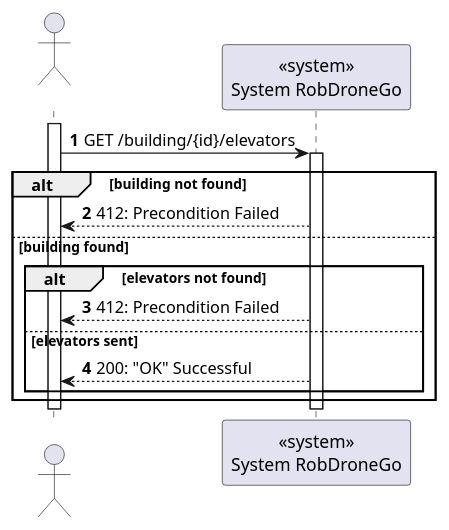
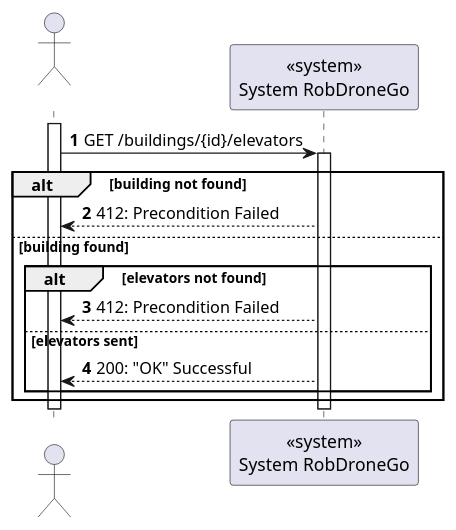
Before and after one commit to Departamento-de-Engenharia-Informatica/lapr5-23-24-g19: the diagram in docs/us290/level1/process-view.puml, drawn with PlantUML. The commit also changed 36 other files, not shown here.

```diff
--- a/docs/us290/level1/process-view.puml
+++ b/docs/us290/level1/process-view.puml
@@ -1,27 +1,27 @@
 @startuml
 autonumber
 
 actor " " as actor
 participant "<<system>>\nSystem RobDroneGo" as sys
 
 
 activate actor
-actor -> sys: GET /building/{id}/elevators
+actor -> sys: GET /buildings/{id}/elevators
 
     activate sys
     alt building not found
         sys --> actor : 412: Precondition Failed
     else building found
         alt elevators not found
             actor <-- sys : 412: Precondition Failed
         else elevators sent
             actor <-- sys : 200: "OK" Successful
         end
     end
 
 
 
 deactivate sys
 deactivate actor
 
 @enduml
```
